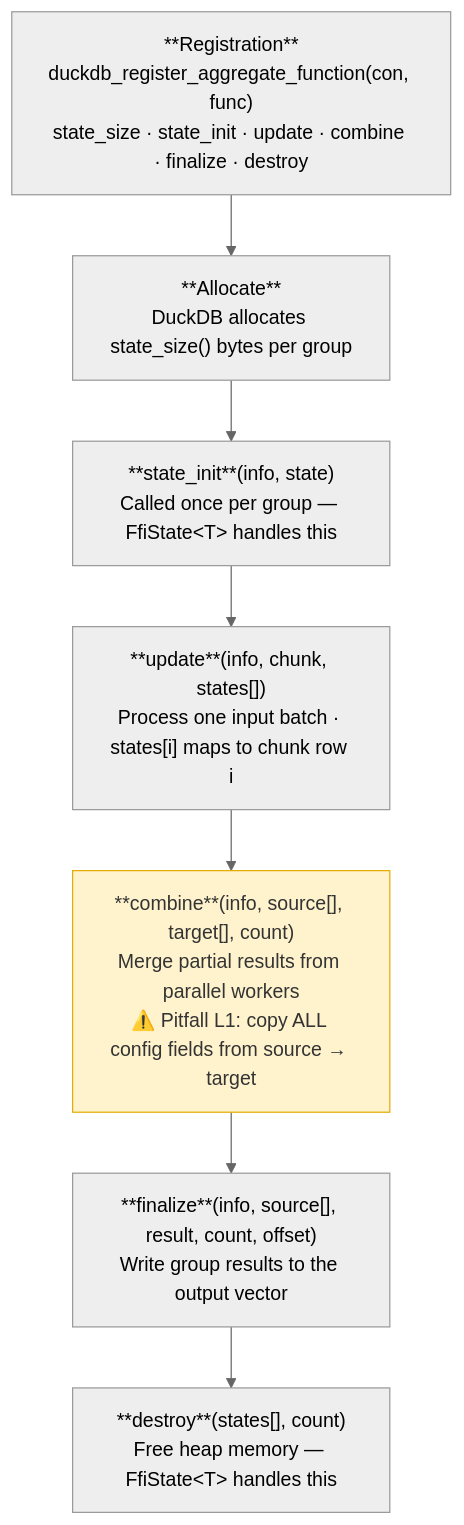
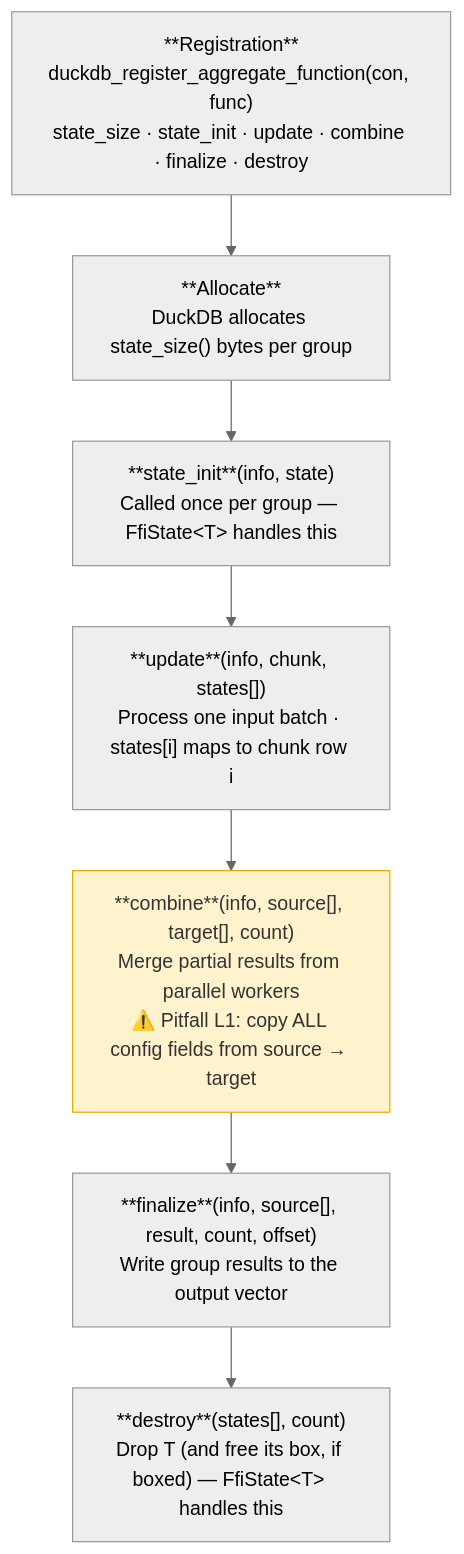
One commit to tomtom215/quack-rs changed the diagram in docs/architecture.md. Above: the diagram before and after it, drawn with Mermaid (neutral theme). The commit also changed other lines of this file and 32 other files, not shown here.

````diff
--- a/docs/architecture.md
+++ b/docs/architecture.md
@@ -294,20 +295,20 @@
 ```mermaid
 flowchart TD
     REG["**Registration**<br/>duckdb_register_aggregate_function(con, func)<br/>state_size · state_init · update · combine · finalize · destroy"]
 
     REG     --> ALLOC
     ALLOC   --> INIT
     INIT    --> UPDATE
     UPDATE  --> COMBINE
     COMBINE --> FINAL
     FINAL   --> DESTROY
 
     ALLOC["**Allocate**<br/>DuckDB allocates state_size() bytes per group"]
     INIT["**state_init**(info, state)<br/>Called once per group — FfiState&lt;T&gt; handles this"]
     UPDATE["**update**(info, chunk, states[])<br/>Process one input batch · states[i] maps to chunk row i"]
     COMBINE["**combine**(info, source[], target[], count)<br/>Merge partial results from parallel workers<br/>⚠️ Pitfall L1: copy ALL config fields from source → target"]
     FINAL["**finalize**(info, source[], result, count, offset)<br/>Write group results to the output vector"]
-    DESTROY["**destroy**(states[], count)<br/>Free heap memory — FfiState&lt;T&gt; handles this"]
+    DESTROY["**destroy**(states[], count)<br/>Drop T (and free its box, if boxed) — FfiState&lt;T&gt; handles this"]
 
     style COMBINE fill:#fff3cd,stroke:#e6ac00,color:#333
 ```
````
